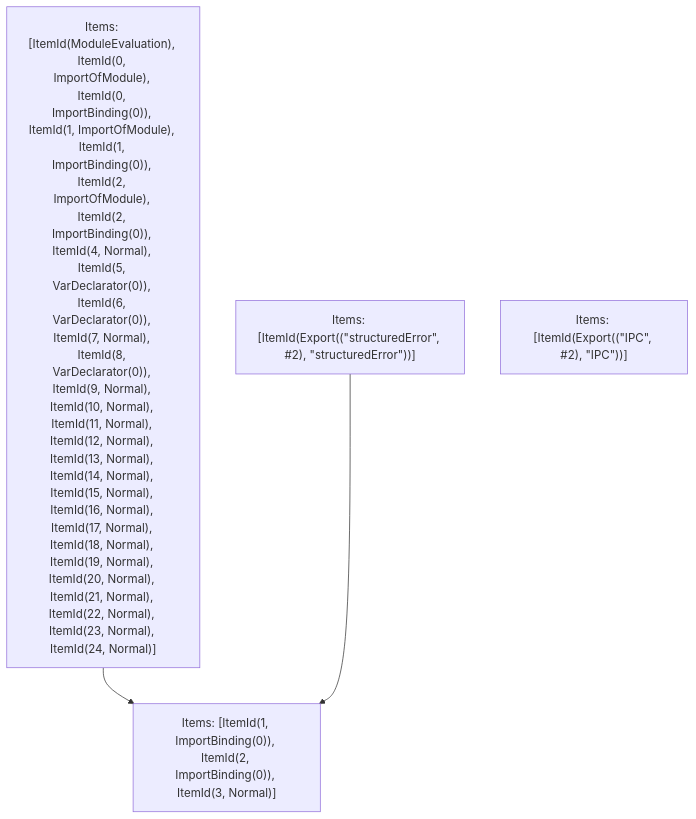
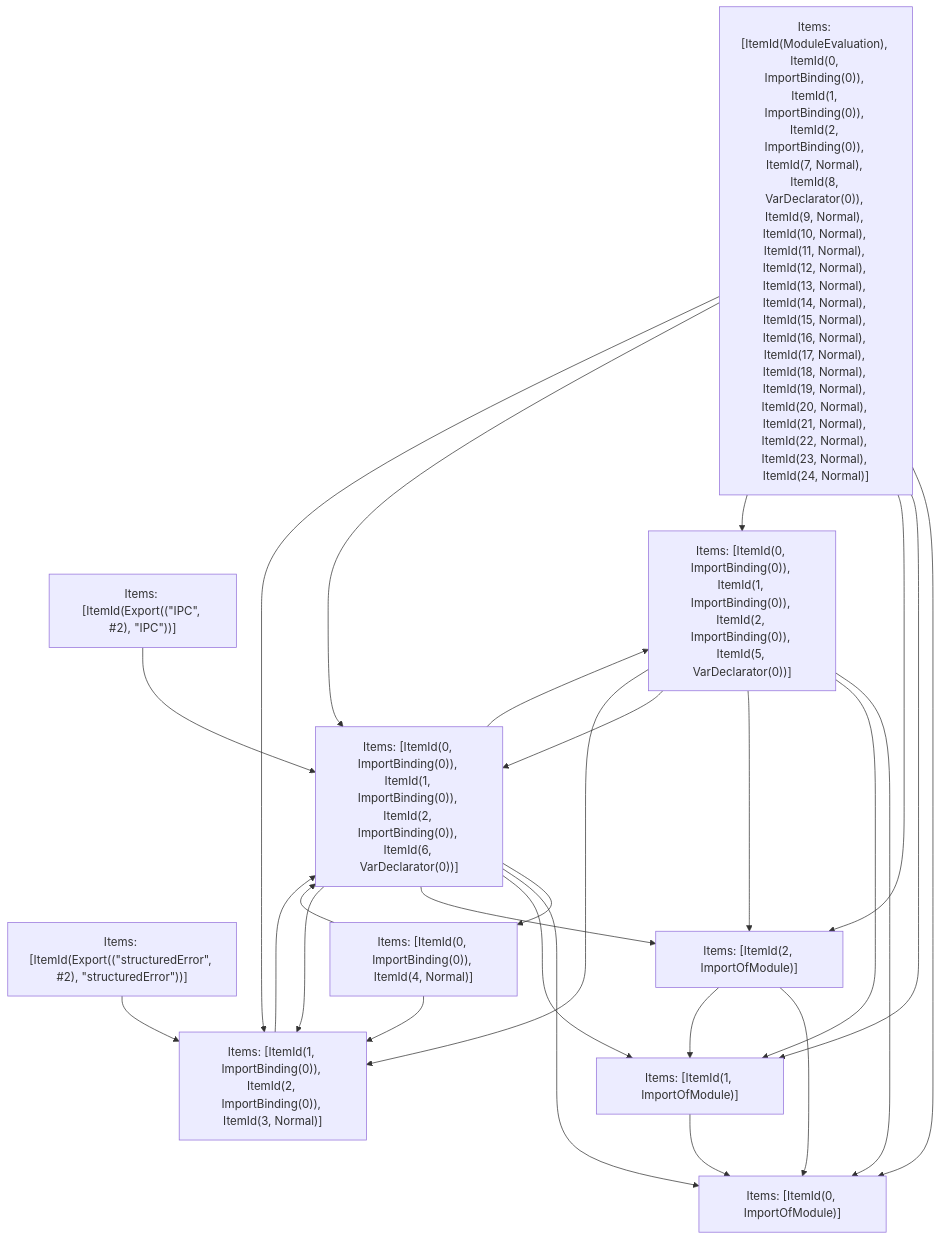
One commit to vercel/turborepo changed the fifth of 5 diagrams in crates/turbopack-ecmascript/tests/tree-shaker/analyzer/failed-3/output.md. Above: the diagram before and after it, drawn with Mermaid. The commit also changed other lines of this file and 20 other files, not shown here.

````diff
--- a/crates/turbopack-ecmascript/tests/tree-shaker/analyzer/failed-3/output.md
+++ b/crates/turbopack-ecmascript/tests/tree-shaker/analyzer/failed-3/output.md
@@ -1608,9 +1600,38 @@
 ```mermaid
 graph TD
-    N0["Items: [ItemId(ModuleEvaluation), ItemId(0, ImportOfModule), ItemId(0, ImportBinding(0)), ItemId(1, ImportOfModule), ItemId(1, ImportBinding(0)), ItemId(2, ImportOfModule), ItemId(2, ImportBinding(0)), ItemId(4, Normal), ItemId(5, VarDeclarator(0)), ItemId(6, VarDeclarator(0)), ItemId(7, Normal), ItemId(8, VarDeclarator(0)), ItemId(9, Normal), ItemId(10, Normal), ItemId(11, Normal), ItemId(12, Normal), ItemId(13, Normal), ItemId(14, Normal), ItemId(15, Normal), ItemId(16, Normal), ItemId(17, Normal), ItemId(18, Normal), ItemId(19, Normal), ItemId(20, Normal), ItemId(21, Normal), ItemId(22, Normal), ItemId(23, Normal), ItemId(24, Normal)]"];
+    N0["Items: [ItemId(ModuleEvaluation), ItemId(0, ImportBinding(0)), ItemId(1, ImportBinding(0)), ItemId(2, ImportBinding(0)), ItemId(7, Normal), ItemId(8, VarDeclarator(0)), ItemId(9, Normal), ItemId(10, Normal), ItemId(11, Normal), ItemId(12, Normal), ItemId(13, Normal), ItemId(14, Normal), ItemId(15, Normal), ItemId(16, Normal), ItemId(17, Normal), ItemId(18, Normal), ItemId(19, Normal), ItemId(20, Normal), ItemId(21, Normal), ItemId(22, Normal), ItemId(23, Normal), ItemId(24, Normal)]"];
     N1["Items: [ItemId(Export((&quot;structuredError&quot;, #2), &quot;structuredError&quot;))]"];
     N2["Items: [ItemId(Export((&quot;IPC&quot;, #2), &quot;IPC&quot;))]"];
-    N3["Items: [ItemId(1, ImportBinding(0)), ItemId(2, ImportBinding(0)), ItemId(3, Normal)]"];
+    N3["Items: [ItemId(0, ImportOfModule)]"];
+    N4["Items: [ItemId(1, ImportOfModule)]"];
+    N5["Items: [ItemId(2, ImportOfModule)]"];
+    N6["Items: [ItemId(1, ImportBinding(0)), ItemId(2, ImportBinding(0)), ItemId(3, Normal)]"];
+    N7["Items: [ItemId(0, ImportBinding(0)), ItemId(4, Normal)]"];
+    N8["Items: [ItemId(0, ImportBinding(0)), ItemId(1, ImportBinding(0)), ItemId(2, ImportBinding(0)), ItemId(5, VarDeclarator(0))]"];
+    N9["Items: [ItemId(0, ImportBinding(0)), ItemId(1, ImportBinding(0)), ItemId(2, ImportBinding(0)), ItemId(6, VarDeclarator(0))]"];
     N0 --> N3;
-    N1 --> N3;
+    N0 --> N4;
+    N0 --> N5;
+    N0 --> N8;
+    N0 --> N9;
+    N0 --> N6;
+    N1 --> N6;
+    N2 --> N9;
+    N4 --> N3;
+    N5 --> N3;
+    N5 --> N4;
+    N6 --> N9;
+    N7 --> N9;
+    N7 --> N6;
+    N8 --> N3;
+    N8 --> N4;
+    N8 --> N5;
+    N8 --> N9;
+    N8 --> N6;
+    N9 --> N7;
+    N9 --> N8;
+    N9 --> N3;
+    N9 --> N4;
+    N9 --> N5;
+    N9 --> N6;
 ```
````
